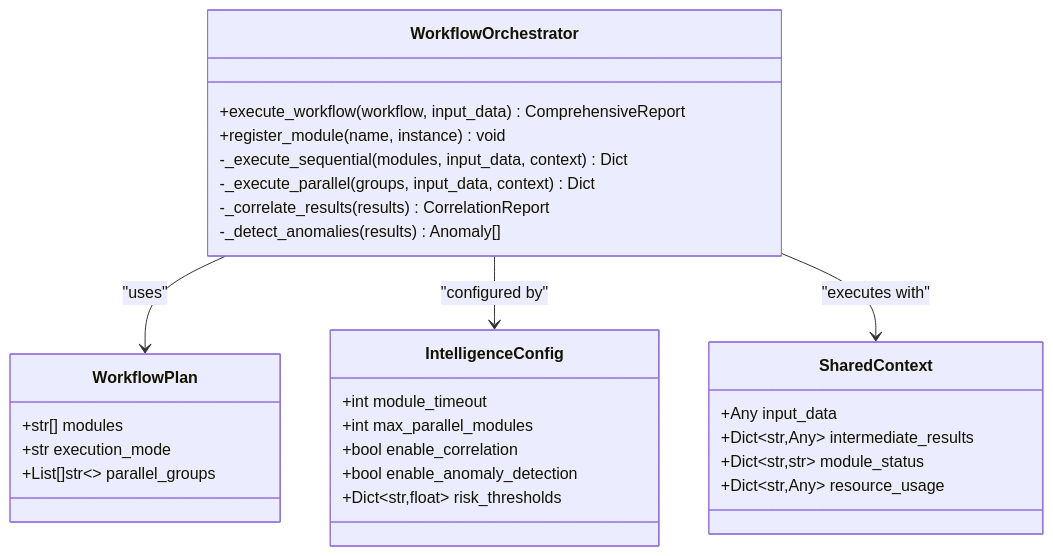
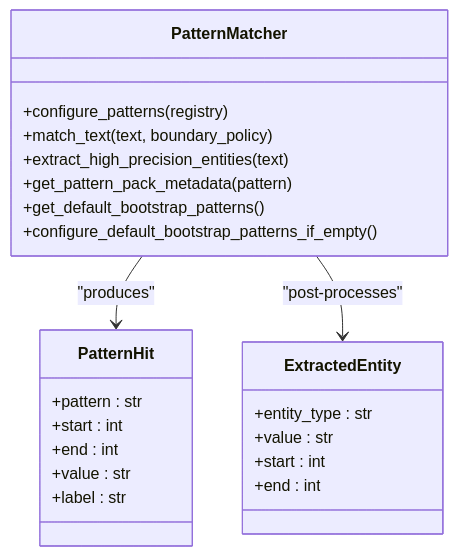
One commit to Hamulda/hledac-universal changed the fifth of 8 diagrams in .qoder/repowiki/en/content/Pipeline System/Pipeline System.md. Above: the diagram before and after it, drawn with Mermaid. The commit also changed other lines of this file and 236 other files, not shown here.

````diff
--- a/.qoder/repowiki/en/content/Pipeline System/Pipeline System.md
+++ b/.qoder/repowiki/en/content/Pipeline System/Pipeline System.md
@@ -257,32 +212,26 @@
 ```mermaid
 classDiagram
-class WorkflowOrchestrator {
-+execute_workflow(workflow, input_data) ComprehensiveReport
-+register_module(name, instance) void
--_execute_sequential(modules, input_data, context) Dict
--_execute_parallel(groups, input_data, context) Dict
--_correlate_results(results) CorrelationReport
--_detect_anomalies(results) Anomaly[]
+class PatternMatcher {
++configure_patterns(registry)
++match_text(text, boundary_policy)
++extract_high_precision_entities(text)
++get_pattern_pack_metadata(pattern)
++get_default_bootstrap_patterns()
++configure_default_bootstrap_patterns_if_empty()
 }
-class WorkflowPlan {
-+str[] modules
-+str execution_mode
-+List[]str~~ parallel_groups
+class PatternHit {
++pattern : str
++start : int
++end : int
++value : str
++label : str
 }
-class IntelligenceConfig {
-+int module_timeout
-+int max_parallel_modules
-+bool enable_correlation
-+bool enable_anomaly_detection
-+Dict~str,float~ risk_thresholds
+class ExtractedEntity {
++entity_type : str
++value : str
++start : int
++end : int
 }
-class SharedContext {
-+Any input_data
-+Dict~str,Any~ intermediate_results
-+Dict~str,str~ module_status
-+Dict~str,Any~ resource_usage
-}
-WorkflowOrchestrator --> WorkflowPlan : "uses"
-WorkflowOrchestrator --> IntelligenceConfig : "configured by"
-WorkflowOrchestrator --> SharedContext : "executes with"
+PatternMatcher --> PatternHit : "produces"
+PatternMatcher --> ExtractedEntity : "post-processes"
 ```
````
